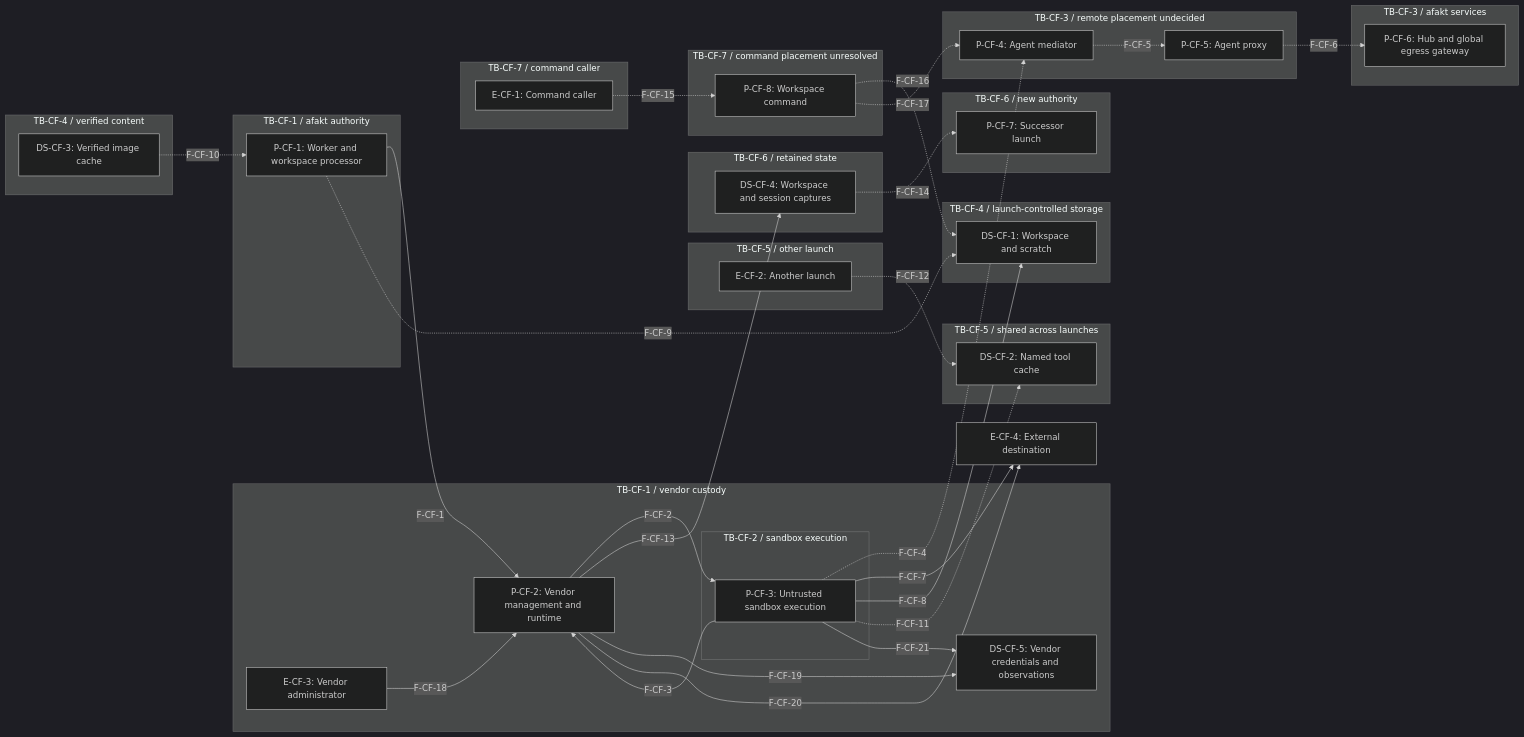
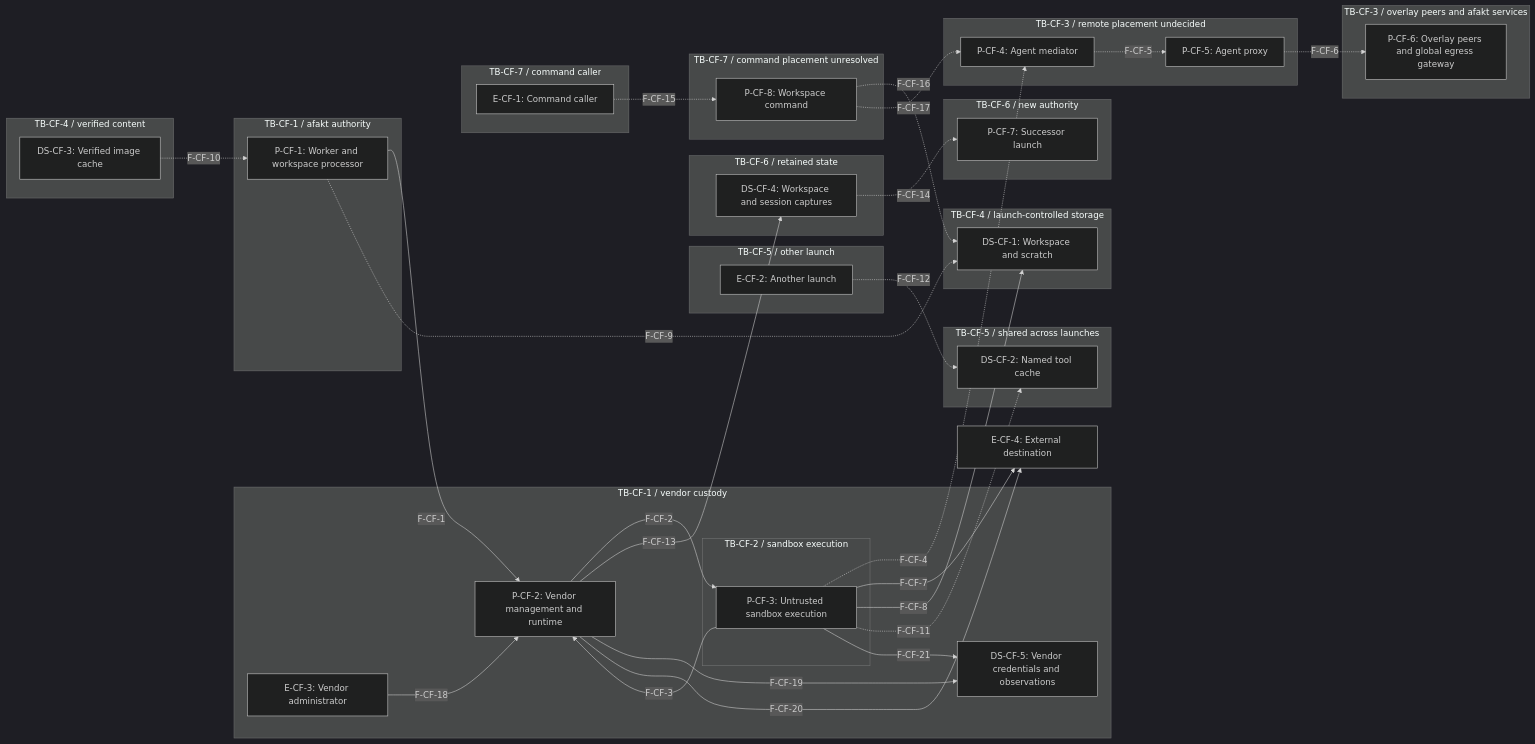
One commit to tbhb-dev/afakt changed the first of 5 diagrams in docs/agent-threat-model-cloudflare.md. Above: the diagram before and after it, drawn with Mermaid (dark theme). The commit also changed other lines of this file and 96 other files, not shown here.

````diff
--- a/docs/agent-threat-model-cloudflare.md
+++ b/docs/agent-threat-model-cloudflare.md
@@ -64,67 +64,67 @@
 ```mermaid
 flowchart LR
     subgraph vendor["TB-CF-1 / vendor custody"]
         P-CF-2["P-CF-2: Vendor management and runtime"]
         E-CF-3["E-CF-3: Vendor administrator"]
         DS-CF-5["DS-CF-5: Vendor credentials and observations"]
         subgraph execution["TB-CF-2 / sandbox execution"]
             P-CF-3["P-CF-3: Untrusted sandbox execution"]
         end
     end
     subgraph afakt["TB-CF-1 / afakt authority"]
         P-CF-1["P-CF-1: Worker and workspace processor"]
     end
     subgraph mediation["TB-CF-3 / remote placement undecided"]
         P-CF-4["P-CF-4: Agent mediator"]
         P-CF-5["P-CF-5: Agent proxy"]
     end
-    subgraph services["TB-CF-3 / afakt services"]
-        P-CF-6["P-CF-6: Hub and global egress gateway"]
+    subgraph services["TB-CF-3 / overlay peers and afakt services"]
+        P-CF-6["P-CF-6: Overlay peers and global egress gateway"]
     end
     subgraph files["TB-CF-4 / launch-controlled storage"]
         DS-CF-1["DS-CF-1: Workspace and scratch"]
     end
     subgraph images["TB-CF-4 / verified content"]
         DS-CF-3["DS-CF-3: Verified image cache"]
     end
     subgraph shared["TB-CF-5 / shared across launches"]
         DS-CF-2["DS-CF-2: Named tool cache"]
     end
     subgraph other["TB-CF-5 / other launch"]
         E-CF-2["E-CF-2: Another launch"]
     end
     subgraph capture["TB-CF-6 / retained state"]
         DS-CF-4["DS-CF-4: Workspace and session captures"]
     end
     subgraph successor["TB-CF-6 / new authority"]
         P-CF-7["P-CF-7: Successor launch"]
     end
     subgraph caller["TB-CF-7 / command caller"]
         E-CF-1["E-CF-1: Command caller"]
     end
     subgraph command["TB-CF-7 / command placement unresolved"]
         P-CF-8["P-CF-8: Workspace command"]
     end
     E-CF-4["E-CF-4: External destination"]
     P-CF-1 -->|"F-CF-1"| P-CF-2
     P-CF-2 -->|"F-CF-2"| P-CF-3
     P-CF-3 -->|"F-CF-3"| P-CF-2
     P-CF-3 -.->|"F-CF-4"| P-CF-4
     P-CF-4 -.->|"F-CF-5"| P-CF-5
     P-CF-5 -.->|"F-CF-6"| P-CF-6
     P-CF-3 -->|"F-CF-7"| E-CF-4
     P-CF-3 -->|"F-CF-8"| DS-CF-1
     P-CF-1 -.->|"F-CF-9"| DS-CF-1
     DS-CF-3 -.->|"F-CF-10"| P-CF-1
     P-CF-3 -.->|"F-CF-11"| DS-CF-2
     E-CF-2 -.->|"F-CF-12"| DS-CF-2
     P-CF-2 -->|"F-CF-13"| DS-CF-4
     DS-CF-4 -.->|"F-CF-14"| P-CF-7
     E-CF-1 -.->|"F-CF-15"| P-CF-8
     P-CF-8 -.->|"F-CF-16"| DS-CF-1
     P-CF-8 -.->|"F-CF-17"| P-CF-4
     E-CF-3 -->|"F-CF-18"| P-CF-2
     P-CF-2 -->|"F-CF-19"| DS-CF-5
     P-CF-2 -->|"F-CF-20"| E-CF-4
     P-CF-3 -->|"F-CF-21"| DS-CF-5
 ```
````
